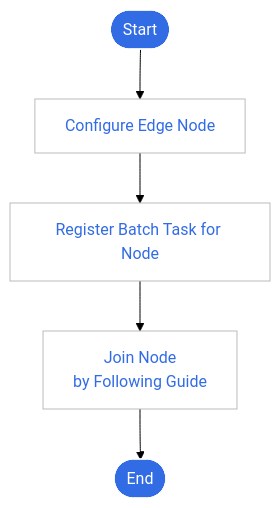
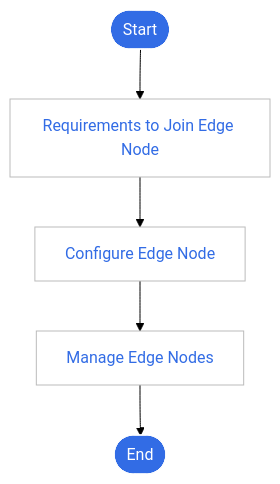
One commit to DaoCloud/DaoCloud-docs changed the diagram in docs/en/docs/kant/user-guide/node/index.md. Above: the diagram before and after it, drawn with Mermaid (forest theme). The commit also changed 1 other file, not shown here.

Commit message:
fix mermaid for kant/user-guide/node

````diff
--- a/docs/en/docs/kant/user-guide/node/index.md
+++ b/docs/en/docs/kant/user-guide/node/index.md
@@ -19,16 +19,16 @@
 ```mermaid
 graph TB
 
-start1([Start]) --> config[Configure Edge Node]
-config --> register[Register Batch Task for Node] --> join[Join Node<br/>by Following Guide] --> end1([End])
+start1([Start]) --> require[Requirements to Join Edge Node] --> config[Configure Edge Node] -->oam[Manage Edge Nodes] --> end1([End])
 
 classDef plain fill:#ddd,stroke:#fff,stroke-width:1px,color:#000;
 classDef k8s fill:#326ce5,stroke:#fff,stroke-width:1px,color:#fff;
 classDef cluster fill:#fff,stroke:#bbb,stroke-width:1px,color:#326ce5;
 
 class start1,end1 k8s;
-class config,register,join cluster
+class require,config,oam cluster
 
-click register "https://docs.daocloud.io/en/kant/user-guide/node/batch-registration.html"
-click join "https://docs.daocloud.io/en/kant/user-guide/node/managed-node.html"
+click require "https://docs.daocloud.io/en/kant/user-guide/node/join-rqmt.html"
+click config "https://docs.daocloud.io/en/kant/user-guide/node/access-guide.html"
+click oam "https://docs.daocloud.io/en/kant/user-guide/node/manage-node.html"
 ```
````
